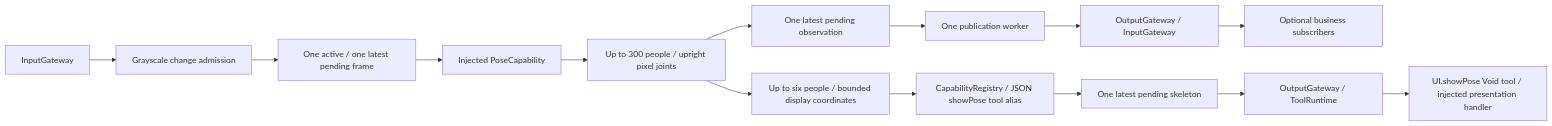
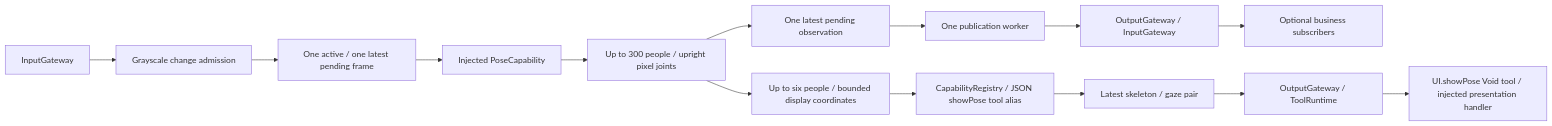
Before and after one commit to devilyouwei/MobileHarness: the first of 3 diagrams in MobileHarness/Agents/VisionPerception/README.md, drawn with Mermaid. The commit also changed other lines of this file and 26 other files, not shown here.

````diff
--- a/MobileHarness/Agents/VisionPerception/README.md
+++ b/MobileHarness/Agents/VisionPerception/README.md
@@ -5,16 +5,16 @@
 ```mermaid
 flowchart LR
     InputGateway --> Filter[Grayscale change admission]
     Filter --> Latest[One active / one latest pending frame]
     Latest --> Model[Injected PoseCapability]
     Model --> Observation[Up to 300 people / upright pixel joints]
     Observation --> Pending[One latest pending observation]
     Pending --> Publisher[One publication worker]
     Publisher --> Publication[OutputGateway / InputGateway]
     Publication --> Subscribers[Optional business subscribers]
     Observation --> Overlay[Up to six people / bounded display coordinates]
     Overlay --> Generator[CapabilityRegistry / JSON showPose tool alias]
-    Generator --> Output[One latest pending skeleton]
+    Generator --> Output[Latest skeleton / gaze pair]
     Output --> Gateway[OutputGateway / ToolRuntime]
     Gateway --> Action[UI.showPose Void tool / injected presentation handler]
 ```
````
